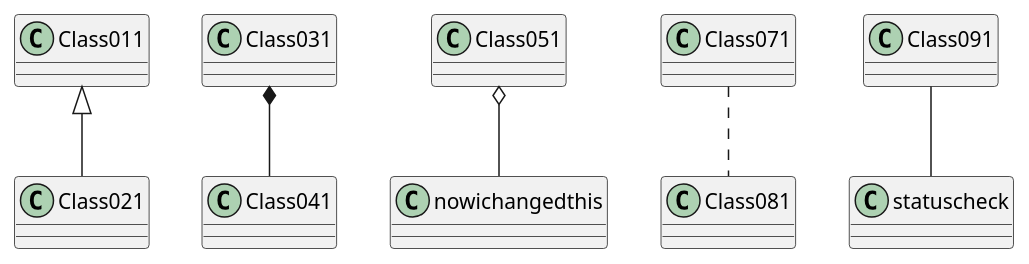
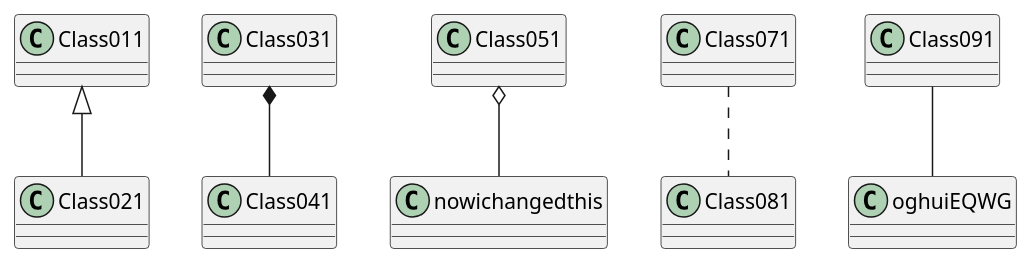
One commit to weichware10/meilensteine changed the diagram in meilenstein_03/sub/pumltest2.puml. Above: the diagram before and after it, drawn with PlantUML.

Commit message:
IF CHANGE

```diff
--- a/meilenstein_03/sub/pumltest2.puml
+++ b/meilenstein_03/sub/pumltest2.puml
@@ -1,7 +1,7 @@
 @startuml test
 Class011 <|-- Class021
 Class031 *-- Class041
 Class051 o-- nowichangedthis
 Class071 .. Class081
-Class091 -- statuscheck
+Class091 -- oghuiEQWG
 @enduml
```
